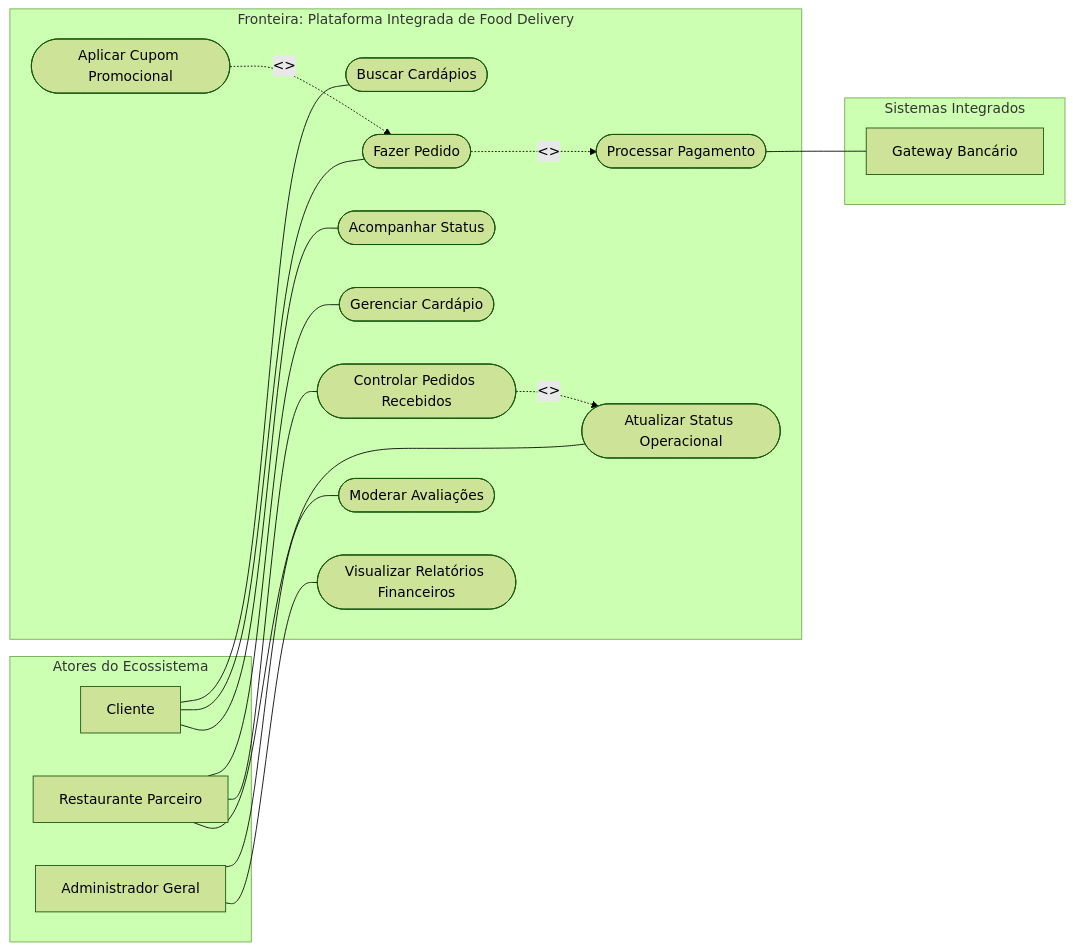
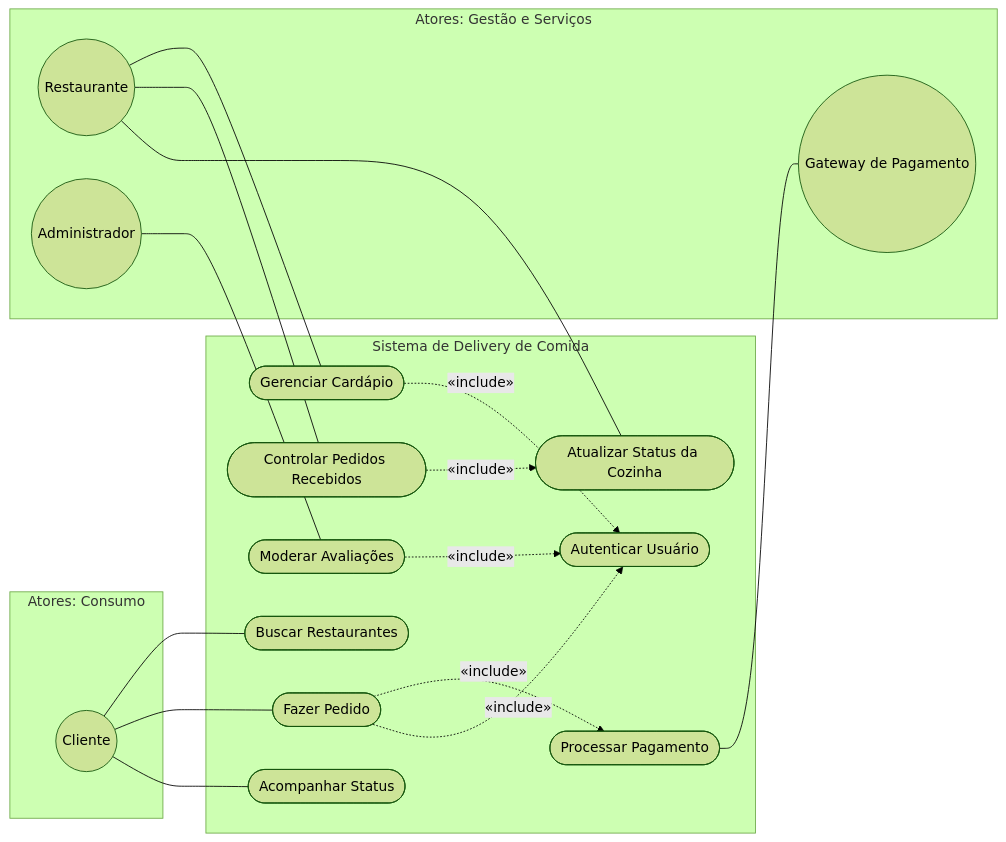
Diagram 16 of 32 in 4º Semestre/[Prof. Wesley Soares] Engenharia de Software II/Resumos-IA/Caderno-Consolidado.md (murilolol/unifef), drawn with Mermaid (forest theme) before and after one commit. The commit also changed other lines of this file and 10 other files, not shown here.

````diff
--- a/4º Semestre/[Prof. Wesley Soares] Engenharia de Software II/Resumos-IA/Caderno-Consolidado.md
+++ b/4º Semestre/[Prof. Wesley Soares] Engenharia de Software II/Resumos-IA/Caderno-Consolidado.md
@@ -700,41 +685,41 @@
 ```mermaid
 flowchart LR
-    subgraph AtoresHumanos["Atores do Ecossistema"]
-        Cli["Cliente"]
-        Rest["Restaurante Parceiro"]
-        Adm["Administrador Geral"]
-    end
+  subgraph AtoresClientes["Atores: Consumo"]
+    Cliente((Cliente))
+  end
 
-    subgraph FronteiraDelivery["Fronteira: Plataforma Integrada de Food Delivery"]
-        UC1(["Buscar Cardápios"])
-        UC2(["Fazer Pedido"])
-        UC3(["Acompanhar Status"])
-        UC4(["Processar Pagamento"])
-        UC5(["Gerenciar Cardápio"])
-        UC6(["Controlar Pedidos Recebidos"])
-        UC7(["Atualizar Status Operacional"])
-        UC8(["Moderar Avaliações"])
-        UC9(["Visualizar Relatórios Financeiros"])
-        UC10(["Aplicar Cupom Promocional"])
-    end
+  subgraph SistemaDelivery["Sistema de Delivery de Comida"]
+    UC1(["Buscar Restaurantes"])
+    UC2(["Fazer Pedido"])
+    UC3(["Processar Pagamento"])
+    UC4(["Acompanhar Status"])
+    UC5(["Gerenciar Cardápio"])
+    UC6(["Controlar Pedidos Recebidos"])
+    UC7(["Atualizar Status da Cozinha"])
+    UC8(["Moderar Avaliações"])
+    UC9(["Autenticar Usuário"])
+  end
 
-    subgraph AtoresSistemas["Sistemas Integrados"]
-        Gateway["Gateway Bancário"]
-    end
+  subgraph AtoresOperacao["Atores: Gestão e Serviços"]
+    Restaurante((Restaurante))
+    Admin((Administrador))
+    Gateway((Gateway de Pagamento))
+  end
 
-    Cli --- UC1
-    Cli --- UC2
-    Cli --- UC3
+  Cliente --- UC1
+  Cliente --- UC2
+  Cliente --- UC4
 
-    Rest --- UC5
-    Rest --- UC6
-    Rest --- UC7
+  Restaurante --- UC5
+  Restaurante --- UC6
+  Restaurante --- UC7
 
-    Adm --- UC8
-    Adm --- UC9
+  Admin --- UC8
 
-    UC2 -.->|"<<include>>"| UC4
-    UC4 --- Gateway
-    UC10 -.->|"<<extend>>"| UC2
-    UC6 -.->|"<<include>>"| UC7
+  UC2 -.->|"«include»"| UC3
+  UC2 -.->|"«include»"| UC9
+  UC5 -.->|"«include»"| UC9
+  UC8 -.->|"«include»"| UC9
+  UC6 -.->|"«include»"| UC7
+  UC3 --- Gateway
 ```
````
